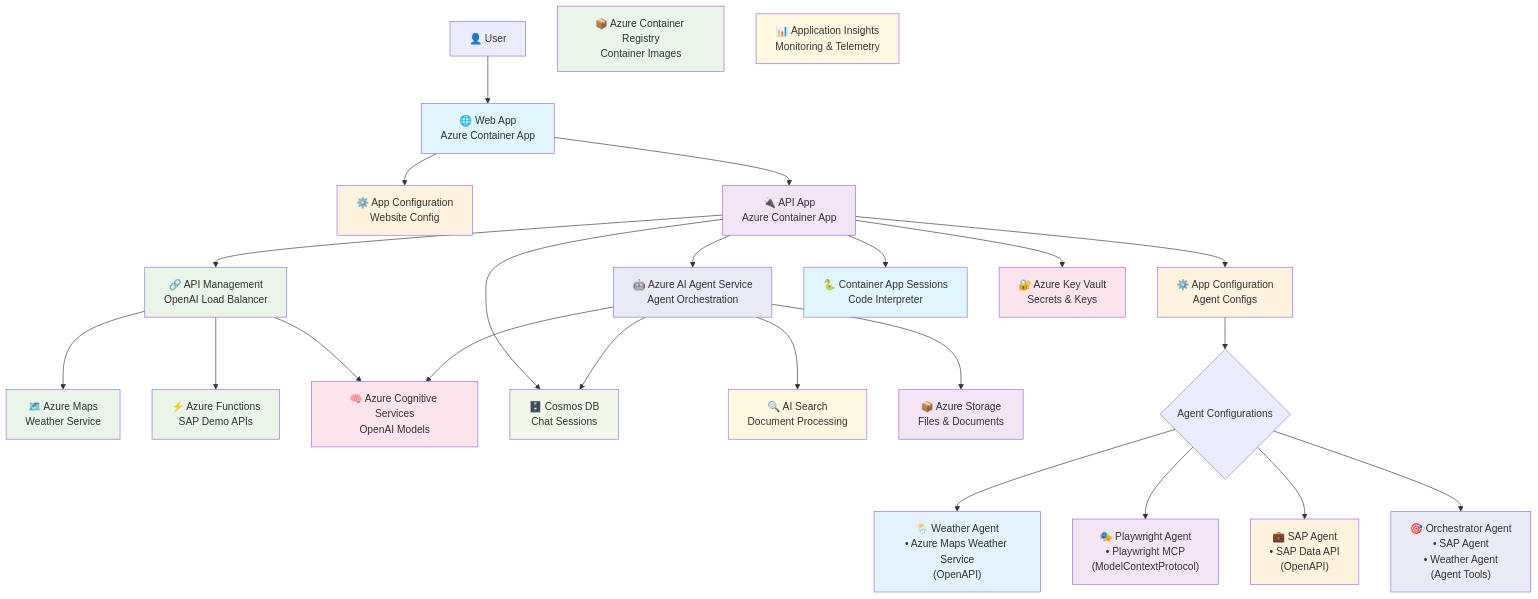
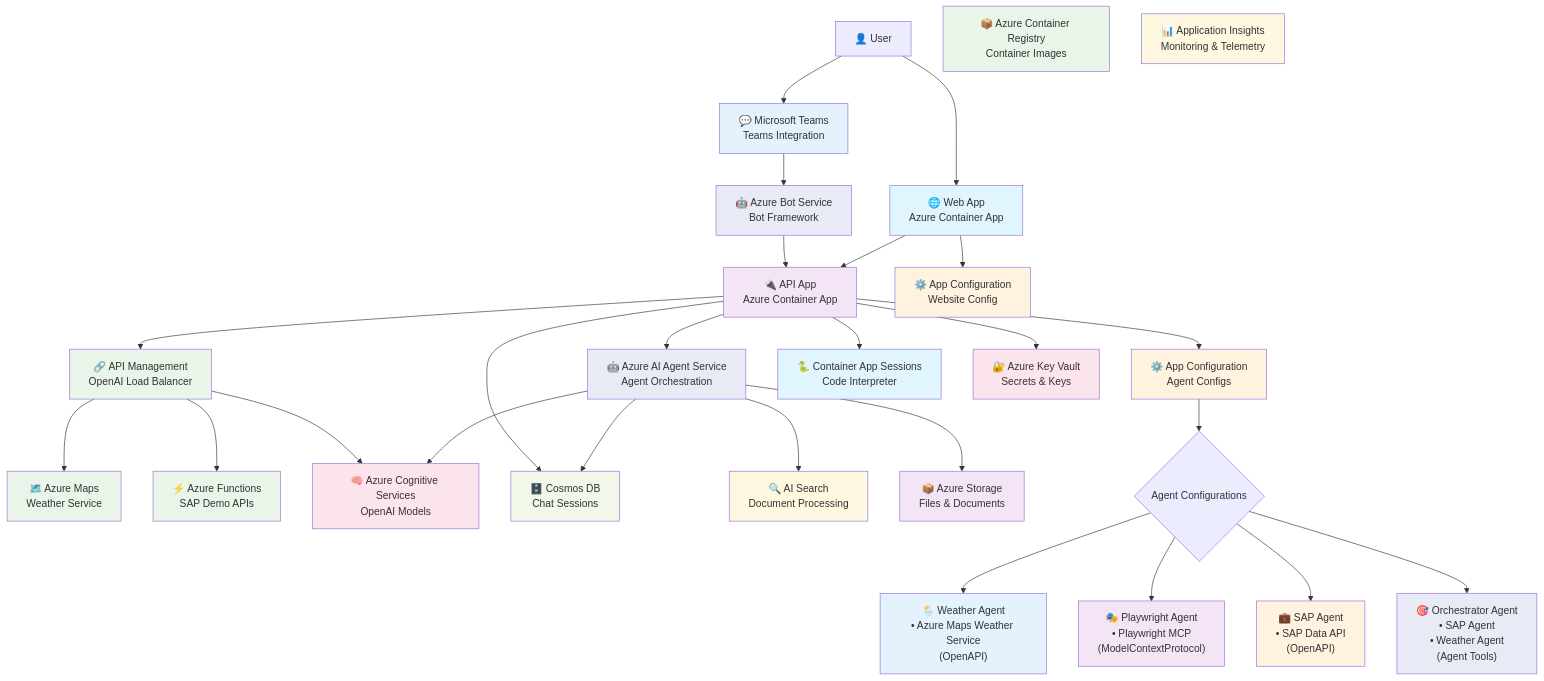
Before and after one commit to adamhockemeyer/ai-agent-experience: the diagram in README.md, drawn with Mermaid. The commit also changed other lines of this file and 22 other files, not shown here.

Commit message:
connecting azure bot service

````diff
--- a/README.md
+++ b/README.md
@@ -213,60 +192,66 @@
 ```mermaid
 graph TB
     User[👤 User] --> WebApp[🌐 Web App<br/>Azure Container App]
+    User --> Teams[💬 Microsoft Teams<br/>Teams Integration]
+    
+    Teams --> BotService[🤖 Azure Bot Service<br/>Bot Framework]
+    BotService --> APIApp[🔌 API App<br/>Azure Container App]
     
     WebApp --> AppConfig1[⚙️ App Configuration<br/>Website Config]
-    WebApp --> APIApp[🔌 API App<br/>Azure Container App]
+    WebApp --> APIApp
     
     APIApp --> AppConfig2[⚙️ App Configuration<br/>Agent Configs]
     APIApp --> AIAgentService[🤖 Azure AI Agent Service<br/>Agent Orchestration]
     APIApp --> APIM[🔗 API Management<br/>OpenAI Load Balancer]
     
     APIM --> Maps[🗺️ Azure Maps<br/>Weather Service]
     APIM --> Functions[⚡ Azure Functions<br/>SAP Demo APIs]
     APIM --> CognitiveServices[🧠 Azure Cognitive Services<br/>OpenAI Models]
     
     %% Position Cosmos DB next to Cognitive Services
     CosmosDB[🗄️ Cosmos DB<br/>Chat Sessions]
     
     %% Connect API App to Cosmos DB after positioning
     APIApp --> CosmosDB
     
     AIAgentService --> Search[🔍 AI Search<br/>Document Processing]
     AIAgentService --> Storage[📦 Azure Storage<br/>Files & Documents]
     AIAgentService --> CognitiveServices
     AIAgentService --> CosmosDB
     
     APIApp --> SessionPools[🐍 Container App Sessions<br/>Code Interpreter]
     APIApp --> KeyVault[🔐 Azure Key Vault<br/>Secrets & Keys]
     
     AppConfig2 --> AgentConfigs{Agent Configurations}
     AgentConfigs --> Weather["🌦️ Weather Agent<br/>• Azure Maps Weather Service<br/>(OpenAPI)"]
     AgentConfigs --> Playwright["🎭 Playwright Agent<br/>• Playwright MCP<br/>(ModelContextProtocol)"]
     AgentConfigs --> SAP["💼 SAP Agent<br/>• SAP Data API<br/>(OpenAPI)"]
     AgentConfigs --> Orchestrator["🎯 Orchestrator Agent<br/>• SAP Agent<br/>• Weather Agent<br/>(Agent Tools)"]
     
     style WebApp fill:#e1f5fe
+    style Teams fill:#e3f2fd
+    style BotService fill:#e8eaf6
     style APIApp fill:#f3e5f5
     style AppConfig1 fill:#fff3e0
     style AppConfig2 fill:#fff3e0
     style APIM fill:#e8f5e8
     style Maps fill:#e8f5e8
     style Functions fill:#e8f5e8
     style CognitiveServices fill:#fce4ec
     style AIAgentService fill:#e8eaf6
     style CosmosDB fill:#f1f8e9
     style Search fill:#fff8e1
     style Storage fill:#f3e5f5
     style SessionPools fill:#e1f5fe
     style KeyVault fill:#fce4ec
     style Weather fill:#e3f2fd
     style Playwright fill:#f3e5f5
     style SAP fill:#fff3e0
     style Orchestrator fill:#e8eaf6
     
     %% Standalone services positioned at bottom - defined last to appear at bottom
     ContainerRegistry[📦 Azure Container Registry<br/>Container Images]
     AppInsights[📊 Application Insights<br/>Monitoring & Telemetry]
     style ContainerRegistry fill:#e8f5e8
     style AppInsights fill:#fff8e1
 ```
````
